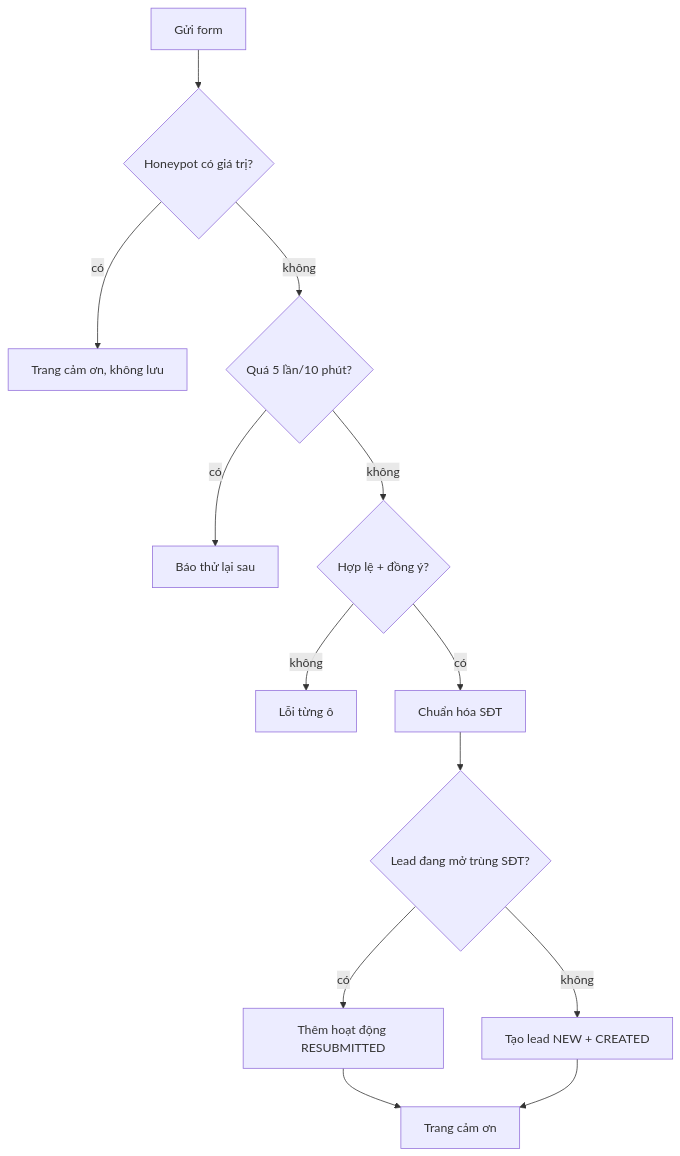
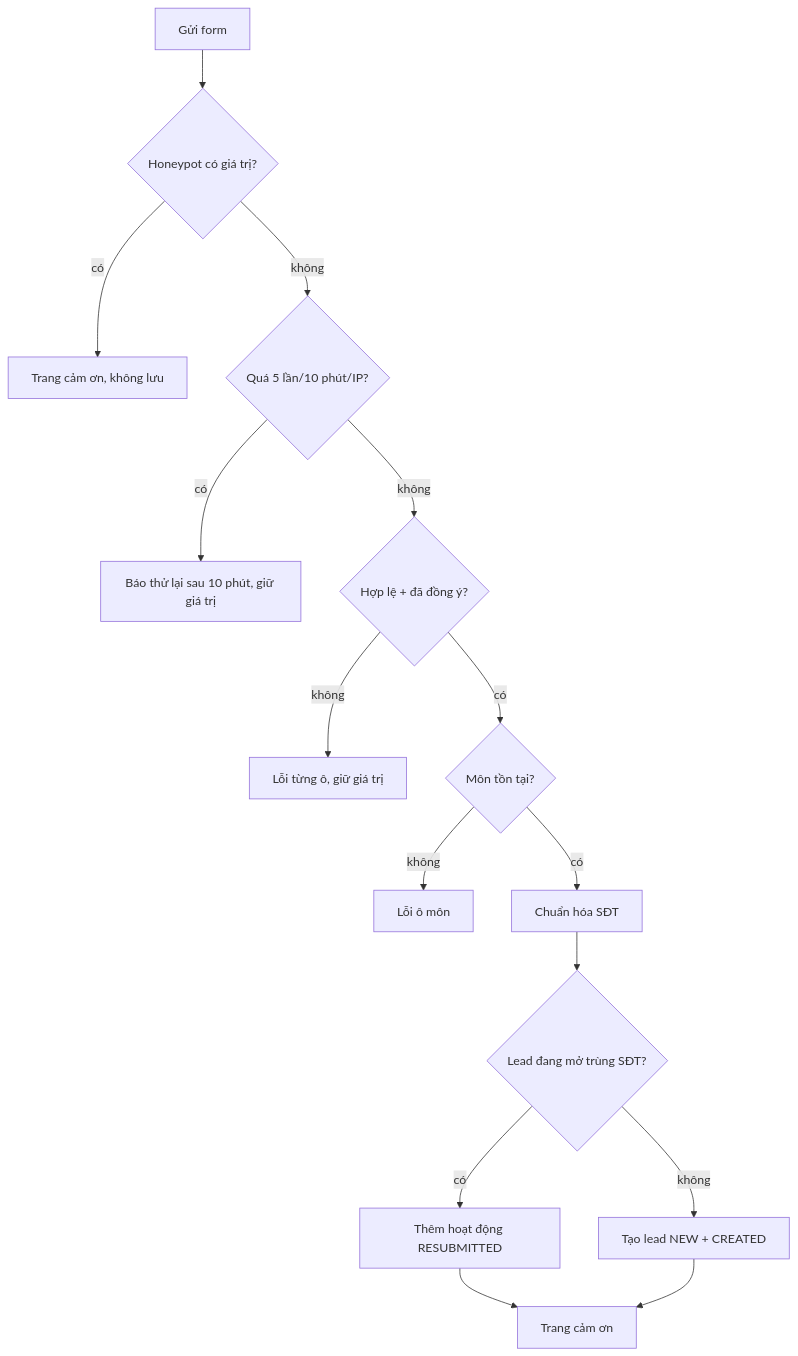
One commit to Huutuyen205/CoreLinkAcademy changed the fourth of 12 diagrams in docs/07-user-flows-and-logic-diagrams.md. Above: the diagram before and after it, drawn with Mermaid. The commit also changed other lines of this file and 100 other files, not shown here.

````diff
--- a/docs/07-user-flows-and-logic-diagrams.md
+++ b/docs/07-user-flows-and-logic-diagrams.md
@@ -62,13 +162,15 @@
 ```mermaid
 flowchart TD
   S[Gửi form] --> HP{Honeypot có giá trị?}
   HP -- có --> OK[Trang cảm ơn, không lưu]
-  HP -- không --> RL{Quá 5 lần/10 phút?}
-  RL -- có --> ERR1[Báo thử lại sau]
-  RL -- không --> V{Hợp lệ + đồng ý?}
-  V -- không --> ERR2[Lỗi từng ô]
-  V -- có --> N[Chuẩn hóa SĐT]
+  HP -- không --> RL{"Quá 5 lần/10 phút/IP?"}
+  RL -- có --> ERR1[Báo thử lại sau 10 phút, giữ giá trị]
+  RL -- không --> V{Hợp lệ + đã đồng ý?}
+  V -- không --> ERR2[Lỗi từng ô, giữ giá trị]
+  V -- có --> SUB{Môn tồn tại?}
+  SUB -- không --> ERR3[Lỗi ô môn]
+  SUB -- có --> N[Chuẩn hóa SĐT]
   N --> DUP{Lead đang mở trùng SĐT?}
   DUP -- có --> ACT[Thêm hoạt động RESUBMITTED] --> OK2[Trang cảm ơn]
   DUP -- không --> NEW[Tạo lead NEW + CREATED] --> OK2
 ```
````
